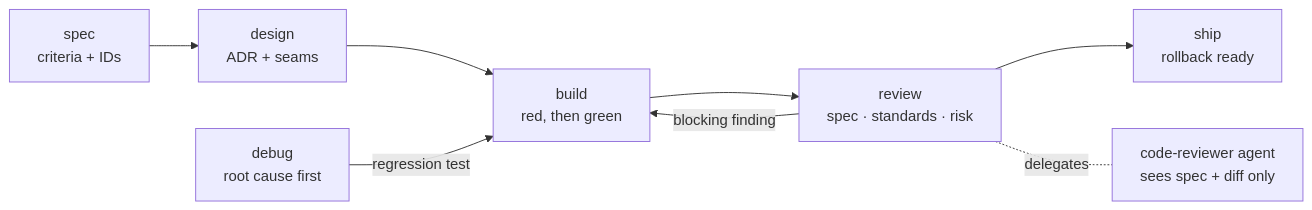
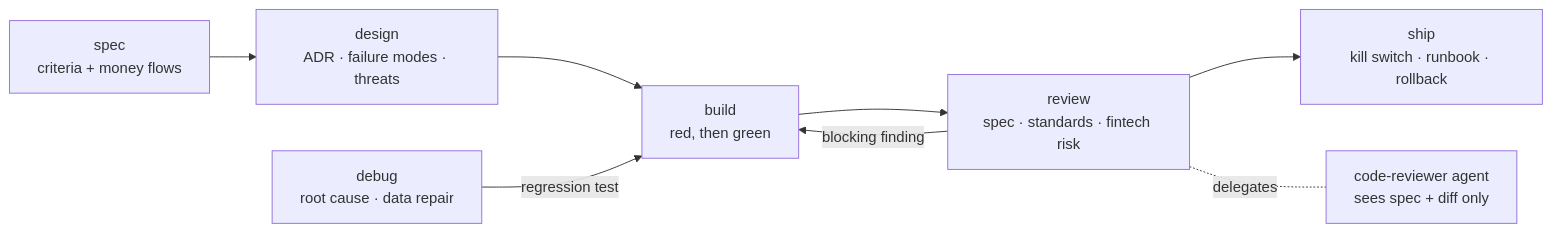
One commit to asjad99/claude-fintech-skills changed the diagram in README.md. Above: the diagram before and after it, drawn with Mermaid. The commit also changed other lines of this file and 115 other files, not shown here.

````diff
--- a/README.md
+++ b/README.md
@@ -181,10 +179,10 @@
 ```mermaid
 flowchart LR
-    spec["spec<br/>criteria + IDs"] --> design["design<br/>ADR + seams"]
+    spec["spec<br/>criteria + money flows"] --> design["design<br/>ADR · failure modes · threats"]
     design --> build["build<br/>red, then green"]
-    build --> review["review<br/>spec · standards · risk"]
+    build --> review["review<br/>spec · standards · fintech risk"]
     review -- "blocking finding" --> build
-    review --> ship["ship<br/>rollback ready"]
-    debug["debug<br/>root cause first"] -- "regression test" --> build
+    review --> ship["ship<br/>kill switch · runbook · rollback"]
+    debug["debug<br/>root cause · data repair"] -- "regression test" --> build
     review -. delegates .- reviewer["code-reviewer agent<br/>sees spec + diff only"]
 ```
````
